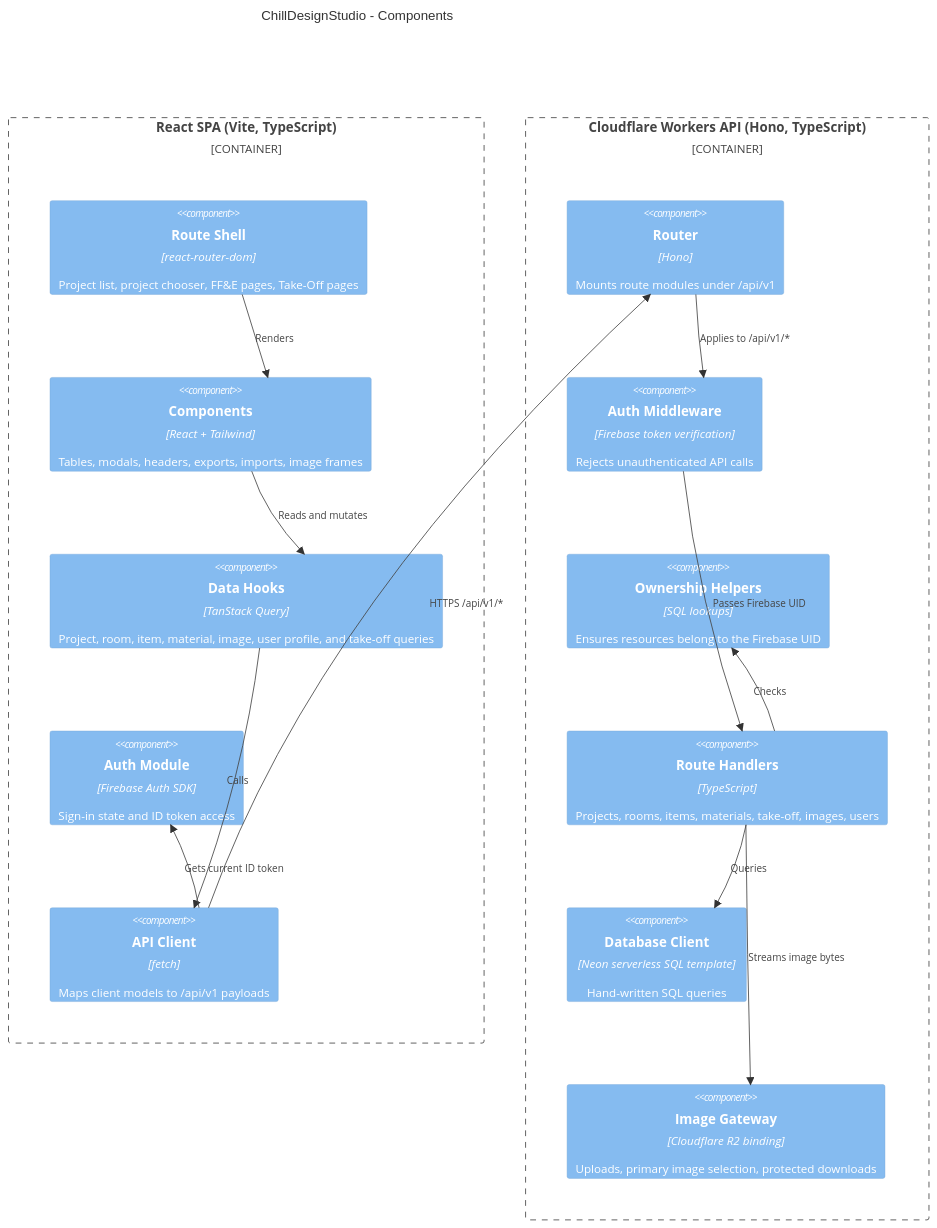
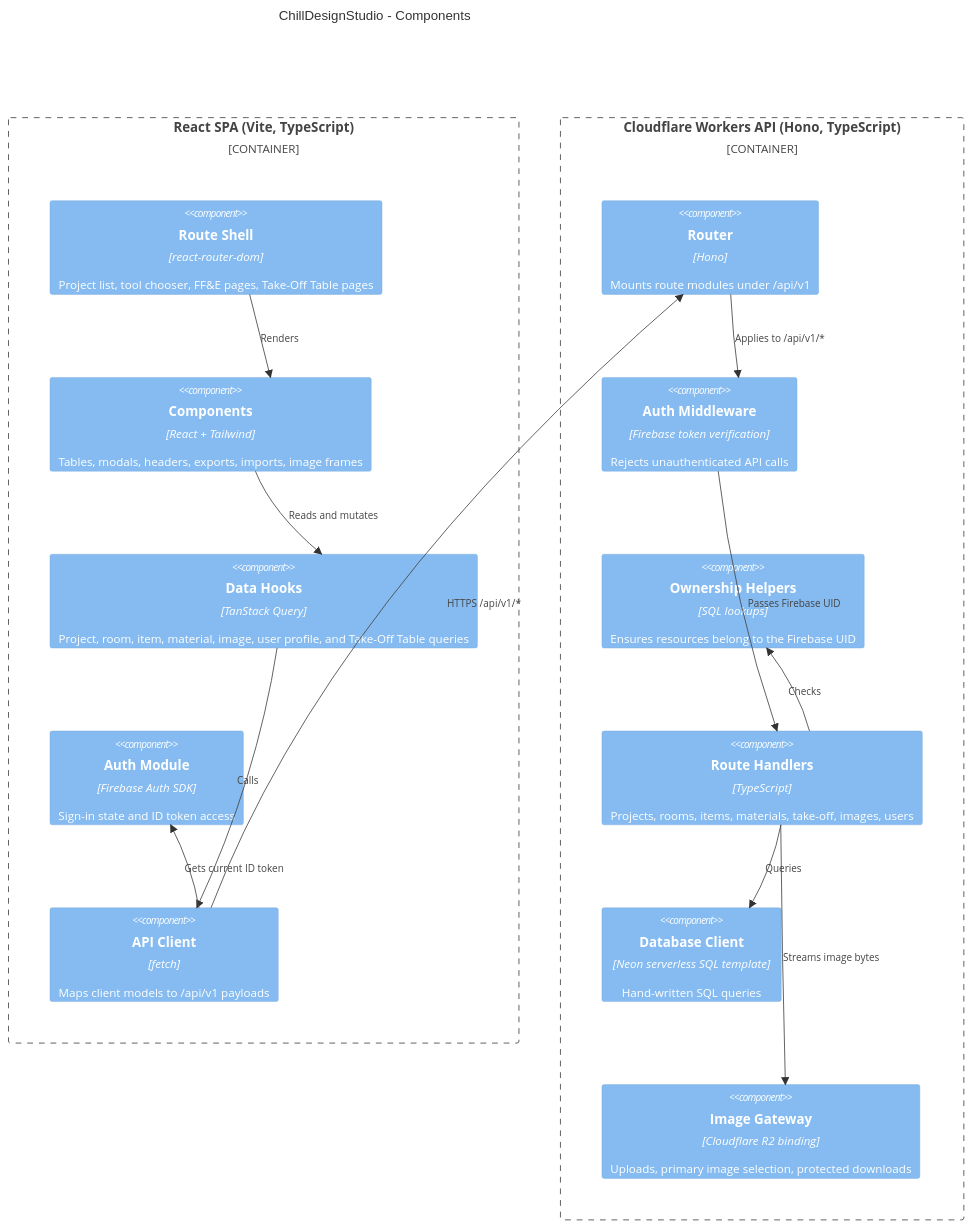
One commit to cweber12/ff-e-builder changed the second of 5 diagrams in docs/architecture.md. Above: the diagram before and after it, drawn with Mermaid. The commit also changed other lines of this file and 2 other files, not shown here.

First line of the commit message:
docs: align architecture terms with context glossary

````diff
--- a/docs/architecture.md
+++ b/docs/architecture.md
@@ -28,32 +28,32 @@
 ```mermaid
 C4Component
   title ChillDesignStudio - Components
 
   Container_Boundary(spa, "React SPA (Vite, TypeScript)") {
-    Component(routes, "Route Shell", "react-router-dom", "Project list, project chooser, FF&E pages, Take-Off pages")
+    Component(routes, "Route Shell", "react-router-dom", "Project list, tool chooser, FF&E pages, Take-Off Table pages")
     Component(ui, "Components", "React + Tailwind", "Tables, modals, headers, exports, imports, image frames")
-    Component(hooks, "Data Hooks", "TanStack Query", "Project, room, item, material, image, user profile, and take-off queries")
+    Component(hooks, "Data Hooks", "TanStack Query", "Project, room, item, material, image, user profile, and Take-Off Table queries")
     Component(auth, "Auth Module", "Firebase Auth SDK", "Sign-in state and ID token access")
     Component(apiClient, "API Client", "fetch", "Maps client models to /api/v1 payloads")
   }
 
   Container_Boundary(worker, "Cloudflare Workers API (Hono, TypeScript)") {
     Component(router, "Router", "Hono", "Mounts route modules under /api/v1")
     Component(authMw, "Auth Middleware", "Firebase token verification", "Rejects unauthenticated API calls")
     Component(ownership, "Ownership Helpers", "SQL lookups", "Ensures resources belong to the Firebase UID")
     Component(routeHandlers, "Route Handlers", "TypeScript", "Projects, rooms, items, materials, take-off, images, users")
     Component(db, "Database Client", "Neon serverless SQL template", "Hand-written SQL queries")
     Component(imageGateway, "Image Gateway", "Cloudflare R2 binding", "Uploads, primary image selection, protected downloads")
   }
 
   Rel(routes, ui, "Renders")
   Rel(ui, hooks, "Reads and mutates")
   Rel(hooks, apiClient, "Calls")
   Rel(apiClient, auth, "Gets current ID token")
   Rel(apiClient, router, "HTTPS /api/v1/*")
   Rel(router, authMw, "Applies to /api/v1/*")
   Rel(authMw, routeHandlers, "Passes Firebase UID")
   Rel(routeHandlers, ownership, "Checks")
   Rel(routeHandlers, db, "Queries")
   Rel(routeHandlers, imageGateway, "Streams image bytes")
 ```
````
